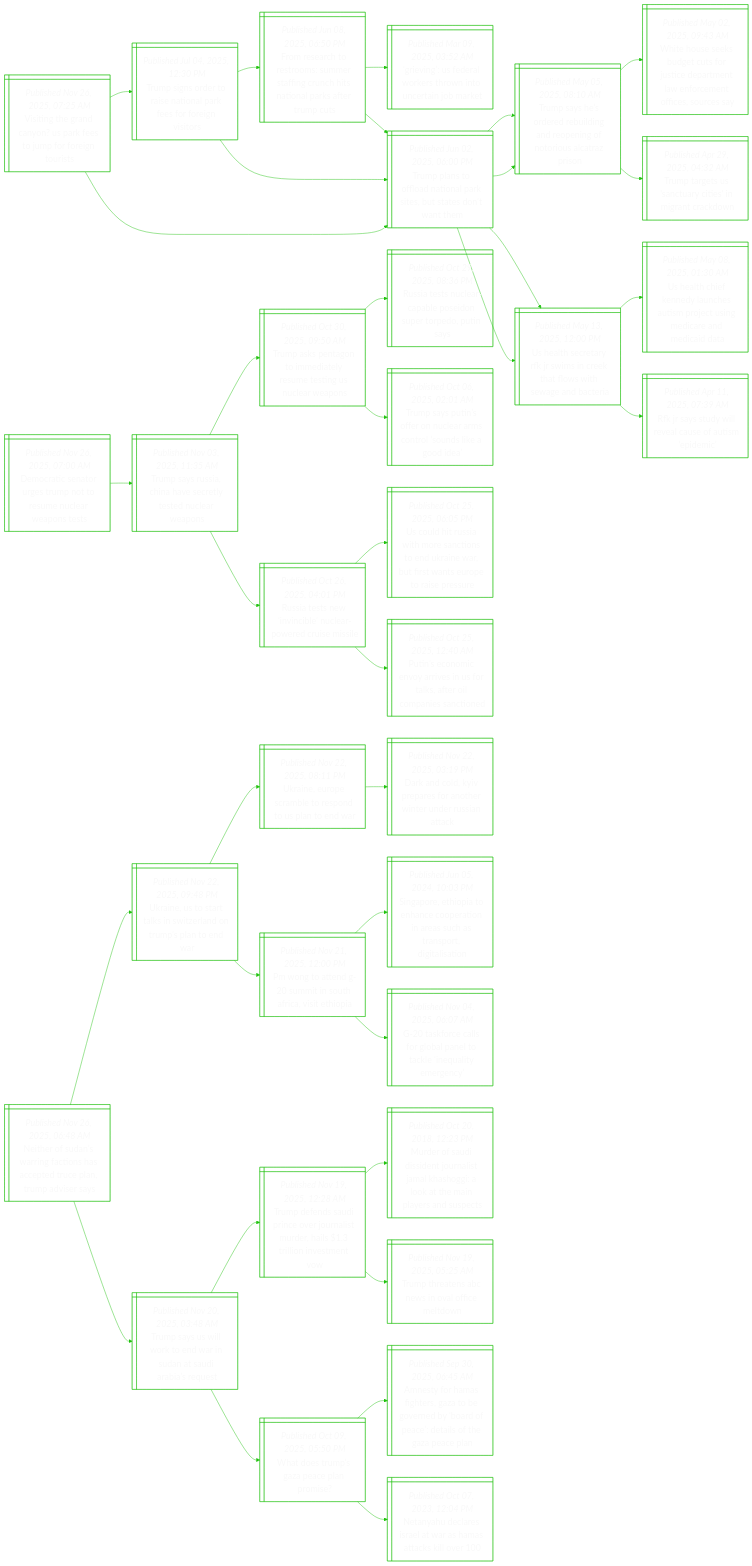
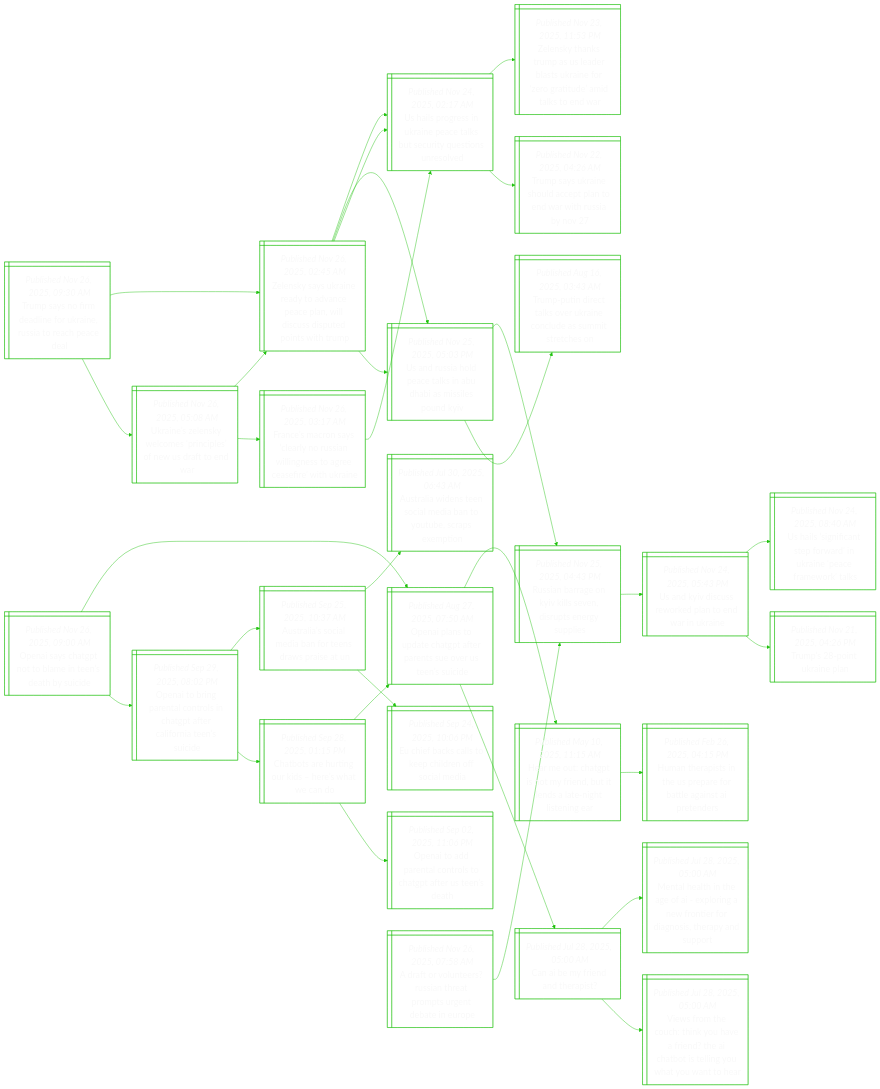
The diagram in README.md (notJmes/notJmes), drawn with Mermaid before and after one commit. The commit also changed other lines of this file, not shown here.

````diff
--- a/README.md
+++ b/README.md
@@ -16,118 +16,106 @@
 flowchart LR
 classDef txtsize font-size:20px;
 
-Viedoaeurius@{ shape: win-pane, label: "_Published Nov 26, 2025, 07:25 AM_
-Visiting the grand canyon? us park fees to jump for foreign tourists" }
-Tsotsiperiss@{ shape: win-pane, label: "_Published Jul 04, 2025, 12:30 PM_
-Trump signs order to raise national park fees for foreign visitors" }
-FeceomtnntipaTc@{ shape: win-pane, label: "_Published Jun 08, 2025, 06:50 PM_
-From research to restrooms: summer staffing crunch hits national parks after trump cuts" }
-Gifakhinabe@{ shape: win-pane, label: "_Published Mar 09, 2025, 03:52 AM_
-‘grieving’: us federal workers thrown into uncertain job market" }
-Tptlaakstdae@{ shape: win-pane, label: "_Published Jun 02, 2025, 06:00 PM_
-Trump plans to offload national park sites, but states don’t want them" }
-Tptlaakstdae@{ shape: win-pane, label: "_Published Jun 02, 2025, 06:00 PM_
-Trump plans to offload national park sites, but states don’t want them" }
-Tseeednpgtuapn@{ shape: win-pane, label: "_Published May 05, 2025, 08:10 AM_
-Trump says he’s ordered rebuilding and reopening of notorious alcatraz prison" }
-UlcrJmrhotade@{ shape: win-pane, label: "_Published May 13, 2025, 12:00 PM_
-Us health secretary rfk jr swims in creek that flows with sewage and bacteria" }
-Tptlaakstdae@{ shape: win-pane, label: "_Published Jun 02, 2025, 06:00 PM_
-Trump plans to offload national park sites, but states don’t want them" }
-Tseeednpgtuapn@{ shape: win-pane, label: "_Published May 05, 2025, 08:10 AM_
-Trump says he’s ordered rebuilding and reopening of notorious alcatraz prison" }
-WHsbtfsDtlfmfscy@{ shape: win-pane, label: "_Published May 02, 2025, 09:43 AM_
-White house seeks budget cuts for justice department law enforcement offices, sources say" }
-Tttaatnaaw@{ shape: win-pane, label: "_Published Apr 29, 2025, 04:32 AM_
-Trump targets us 'sanctuary cities' in migrant crackdown" }
-UlcrJmrhotade@{ shape: win-pane, label: "_Published May 13, 2025, 12:00 PM_
-Us health secretary rfk jr swims in creek that flows with sewage and bacteria" }
-Ulinlhtrtgcnid@{ shape: win-pane, label: "_Published May 08, 2025, 01:30 AM_
-Us health chief kennedy launches autism project using medicare and medicaid data" }
-Rstivafsd@{ shape: win-pane, label: "_Published Apr 11, 2025, 07:39 AM_
-Rfk jr says study will reveal cause of autism ‘epidemic’" }
+Tsodirisohe@{ shape: win-pane, label: "_Published Nov 26, 2025, 09:30 AM_
+Trump says no firm deadline for ukraine, russia to reach peace deal" }
+Zsyaeonaalusdthp@{ shape: win-pane, label: "_Published Nov 26, 2025, 02:45 AM_
+Zelensky says ukraine ready to advance peace plan, will discuss disputed points with trump" }
+Ulgiaeauuqinl@{ shape: win-pane, label: "_Published Nov 24, 2025, 02:17 AM_
+Us hails progress in ukraine peace talks but security questions unresolved" }
+ZsarsalUnzruikn@{ shape: win-pane, label: "_Published Nov 23, 2025, 11:53 PM_
+Zelensky thanks trump as us leader blasts ukraine for ‘zero gratitude’ amid talks to end war" }
+Tskeleanwub@{ shape: win-pane, label: "_Published Nov 22, 2025, 04:26 AM_
+Trump says ukraine should accept plan to end war with russia by nov 27" }
+URaptiDaspK@{ shape: win-pane, label: "_Published Nov 25, 2025, 05:03 PM_
+Us and russia hold peace talks in abu dhabi as missiles pound kyiv" }
+Rarnksdpeue@{ shape: win-pane, label: "_Published Nov 25, 2025, 04:43 PM_
+Russian barrage on kyiv kills seven, disrupts energy supplies" }
+TPdtsUncamre@{ shape: win-pane, label: "_Published Aug 16, 2025, 03:43 AM_
+Trump-putin direct talks over ukraine conclude as summit stretches on" }
+UnlyorpfStd@{ shape: win-pane, label: "_Published Nov 26, 2025, 05:08 AM_
+Ukraine’s zelensky welcomes ‘principles’ of new us draft to end war" }
+Zsyaeonaalusdthp@{ shape: win-pane, label: "_Published Nov 26, 2025, 02:45 AM_
+Zelensky says ukraine ready to advance peace plan, will discuss disputed points with trump" }
+Ulgiaeauuqinl@{ shape: win-pane, label: "_Published Nov 24, 2025, 02:17 AM_
+Us hails progress in ukraine peace talks but security questions unresolved" }
+URaptiDaspK@{ shape: win-pane, label: "_Published Nov 25, 2025, 05:03 PM_
+Us and russia hold peace talks in abu dhabi as missiles pound kyiv" }
+Feryaoilnoeewke@{ shape: win-pane, label: "_Published Nov 26, 2025, 03:17 AM_
+France’s macron says ‘clearly no russian willingness to agree ceasefire’ with ukraine" }
+Ulgiaeauuqinl@{ shape: win-pane, label: "_Published Nov 24, 2025, 02:17 AM_
+Us hails progress in ukraine peace talks but security questions unresolved" }
 
-Viedoaeurius:::txtsize --> Tsotsiperiss:::txtsize
-Tsotsiperiss:::txtsize --> FeceomtnntipaTc:::txtsize
-FeceomtnntipaTc:::txtsize --> Gifakhinabe:::txtsize
-FeceomtnntipaTc:::txtsize --> Tptlaakstdae:::txtsize
-Tsotsiperiss:::txtsize --> Tptlaakstdae:::txtsize
-Tptlaakstdae:::txtsize --> Tseeednpgtuapn:::txtsize
-Tptlaakstdae:::txtsize --> UlcrJmrhotade:::txtsize
-Viedoaeurius:::txtsize --> Tptlaakstdae:::txtsize
-Tptlaakstdae:::txtsize --> Tseeednpgtuapn:::txtsize
-Tseeednpgtuapn:::txtsize --> WHsbtfsDtlfmfscy:::txtsize
-Tseeednpgtuapn:::txtsize --> Tttaatnaaw:::txtsize
-Tptlaakstdae:::txtsize --> UlcrJmrhotade:::txtsize
-UlcrJmrhotade:::txtsize --> Ulinlhtrtgcnid:::txtsize
-UlcrJmrhotade:::txtsize --> Rstivafsd:::txtsize
+Tsodirisohe:::txtsize --> Zsyaeonaalusdthp:::txtsize
+Zsyaeonaalusdthp:::txtsize --> Ulgiaeauuqinl:::txtsize
+Ulgiaeauuqinl:::txtsize --> ZsarsalUnzruikn:::txtsize
+Ulgiaeauuqinl:::txtsize --> Tskeleanwub:::txtsize
+Zsyaeonaalusdthp:::txtsize --> URaptiDaspK:::txtsize
+URaptiDaspK:::txtsize --> Rarnksdpeue:::txtsize
+URaptiDaspK:::txtsize --> TPdtsUncamre:::txtsize
+Tsodirisohe:::txtsize --> UnlyorpfStd:::txtsize
+UnlyorpfStd:::txtsize --> Zsyaeonaalusdthp:::txtsize
+Zsyaeonaalusdthp:::txtsize --> Ulgiaeauuqinl:::txtsize
+Zsyaeonaalusdthp:::txtsize --> URaptiDaspK:::txtsize
+UnlyorpfStd:::txtsize --> Feryaoilnoeewke:::txtsize
+Feryaoilnoeewke:::txtsize --> Ulgiaeauuqinl:::txtsize
 
-Drsoemtucwnt@{ shape: win-pane, label: "_Published Nov 26, 2025, 07:00 AM_
-Democratic senator urges trump not to resume nuclear weapons tests" }
-TsuCheltcwn@{ shape: win-pane, label: "_Published Nov 03, 2025, 11:35 AM_
-Trump says russia, china have secretly tested nuclear weapons" }
-Taeomareinap@{ shape: win-pane, label: "_Published Oct 30, 2025, 09:50 AM_
-Trump asks pentagon to immediately resume testing us nuclear weapons" }
-RasepPdprPs@{ shape: win-pane, label: "_Published Oct 29, 2025, 08:36 PM_
-Russia tests nuclear-capable poseidon super torpedo, putin says" }
-Tsuoolrnssai@{ shape: win-pane, label: "_Published Oct 06, 2025, 02:01 AM_
-Trump says putin’s offer on nuclear arms control ‘sounds like a good idea’" }
-Rasniurruie@{ shape: win-pane, label: "_Published Oct 26, 2025, 04:01 PM_
-Russia tests new ‘invincible’ nuclear-powered cruise missile" }
-UlRamaoerwttsparr@{ shape: win-pane, label: "_Published Oct 25, 2025, 06:05 PM_
-Us could hit russia with more sanctions to end ukraine war, but first wants europe to raise pressure" }
-Psonrsfltlasi@{ shape: win-pane, label: "_Published Oct 25, 2025, 12:40 AM_
-Putin’s economic envoy arrives in us for talks, after oil companies sanctioned" }
+OICPtmeeyi@{ shape: win-pane, label: "_Published Nov 26, 2025, 09:00 AM_
+Openai says chatgpt not to blame in teen’s death by suicide" }
+OIsdhTrneUnc@{ shape: win-pane, label: "_Published Aug 27, 2025, 07:50 AM_
+Openai plans to update chatgpt after parents sue over us teen’s suicide" }
+HehTtiueliiir@{ shape: win-pane, label: "_Published May 10, 2025, 11:15 AM_
+Hear me out: chatgpt is not my friend, but it lends a late-night listening ear" }
+HtpiUpotaAtr@{ shape: win-pane, label: "_Published Feb 26, 2025, 04:15 PM_
+Human therapists in the us prepare for battle against ai pretenders" }
+Cbraes@{ shape: win-pane, label: "_Published Jul 28, 2025, 05:00 AM_
+Can ai be my friend and therapist?" }
+Mlthoxienfairnp@{ shape: win-pane, label: "_Published Jul 28, 2025, 05:00 AM_
+Mental health in the age of ai - exploring a new frontier for diagnosis, therapy and support" }
+VFhcnhfdIbtnwota@{ shape: win-pane, label: "_Published Jul 28, 2025, 05:00 AM_
+Views from the couch: think you have a friend? the ai chatbot is telling you what you want to hear" }
+OIirlrnGtlnei@{ shape: win-pane, label: "_Published Sep 29, 2025, 08:02 PM_
+Openai to bring parental controls in chatgpt after california teen’s suicide" }
+AaslaonwiU@{ shape: win-pane, label: "_Published Sep 25, 2025, 10:37 AM_
+Australia’s social media ban for teens draws praise at un" }
+AaitombYbaeo@{ shape: win-pane, label: "_Published Jul 30, 2025, 06:43 AM_
+Australia widens teen social media ban to youtube, scraps exemption" }
+Eekleinom@{ shape: win-pane, label: "_Published Sep 24, 2025, 10:06 PM_
+Eu chief backs calls to keep children off social media" }
+Coeirhweo@{ shape: win-pane, label: "_Published Sep 28, 2025, 01:15 PM_
+Chatbots are hurting our kids – here’s what we can do" }
+OIsdhTrneUnc@{ shape: win-pane, label: "_Published Aug 27, 2025, 07:50 AM_
+Openai plans to update chatgpt after parents sue over us teen’s suicide" }
+OIdnolhTrea@{ shape: win-pane, label: "_Published Sep 02, 2025, 11:06 PM_
+Openai to add parental controls to chatgpt after us teen’s death" }
 
-Drsoemtucwnt:::txtsize --> TsuCheltcwn:::txtsize
-TsuCheltcwn:::txtsize --> Taeomareinap:::txtsize
-Taeomareinap:::txtsize --> RasepPdprPs:::txtsize
-Taeomareinap:::txtsize --> Tsuoolrnssai:::txtsize
-TsuCheltcwn:::txtsize --> Rasniurruie:::txtsize
-Rasniurruie:::txtsize --> UlRamaoerwttsparr:::txtsize
-Rasniurruie:::txtsize --> Psonrsfltlasi:::txtsize
+OICPtmeeyi:::txtsize --> OIsdhTrneUnc:::txtsize
+OIsdhTrneUnc:::txtsize --> HehTtiueliiir:::txtsize
+HehTtiueliiir:::txtsize --> HtpiUpotaAtr:::txtsize
+OIsdhTrneUnc:::txtsize --> Cbraes:::txtsize
+Cbraes:::txtsize --> Mlthoxienfairnp:::txtsize
+Cbraes:::txtsize --> VFhcnhfdIbtnwota:::txtsize
+OICPtmeeyi:::txtsize --> OIirlrnGtlnei:::txtsize
+OIirlrnGtlnei:::txtsize --> AaslaonwiU:::txtsize
+AaslaonwiU:::txtsize --> AaitombYbaeo:::txtsize
+AaslaonwiU:::txtsize --> Eekleinom:::txtsize
+OIirlrnGtlnei:::txtsize --> Coeirhweo:::txtsize
+Coeirhweo:::txtsize --> OIsdhTrneUnc:::txtsize
+Coeirhweo:::txtsize --> OIdnolhTrea:::txtsize
 
-NeuwnthcdeTaes@{ shape: win-pane, label: "_Published Nov 26, 2025, 06:48 AM_
-Neither of sudan’s warring factions has accepted truce plan, trump adviser says" }
-Unotsilnpnd@{ shape: win-pane, label: "_Published Nov 22, 2025, 09:48 PM_
-Ukraine, us to start talks in switzerland on trump’s plan to end war" }
-Unorestler@{ shape: win-pane, label: "_Published Nov 22, 2025, 08:11 PM_
-Ukraine, europe scramble to respond to us plan to end war" }
-Dndprrhnnunc@{ shape: win-pane, label: "_Published Nov 22, 2025, 03:19 PM_
-Dark and cold, kyiv prepares for another winter under russian attack" }
-Pgtsturiti@{ shape: win-pane, label: "_Published Nov 21, 2025, 12:00 PM_
-Pm wong to attend g-20 summit in south africa, visit ethiopia" }
-Sptineeorutpili@{ shape: win-pane, label: "_Published Jun 05, 2024, 10:03 PM_
-Singapore, ethiopia to enhance cooperation in areas such as transport, digitalisation" }
-Gfcfoaolqtry@{ shape: win-pane, label: "_Published Nov 04, 2025, 06:07 AM_
-G-20 taskforce calls for global panel to tackle ‘inequality emergency’" }
-TsSwoautiiq@{ shape: win-pane, label: "_Published Nov 20, 2025, 03:48 AM_
-Trump says us will work to end war in sudan at saudi arabia’s request" }
-Tdddnersdiinst@{ shape: win-pane, label: "_Published Nov 19, 2025, 12:28 AM_
-Trump defends saudi prince over journalist murder, hails $1.3 trillion investment vow" }
-Mrusnrsasikeprsc@{ shape: win-pane, label: "_Published Oct 20, 2018, 12:23 PM_
-Murder of saudi dissident journalist jamal khashoggi: a look at the main players and suspects" }
-TttBsailn@{ shape: win-pane, label: "_Published Nov 19, 2025, 05:25 AM_
-Trump threatens abc news in oval office meltdown" }
-Wouaaam@{ shape: win-pane, label: "_Published Oct 09, 2025, 05:50 PM_
-What does trump’s gaza peace plan promise?" }
-AtHfezerydatoGel@{ shape: win-pane, label: "_Published Sep 30, 2025, 06:45 AM_
-Amnesty for hamas fighters, gaza to be governed by ‘board of peace’: details of the gaza peace plan" }
-NyeeawHakl@{ shape: win-pane, label: "_Published Oct 07, 2023, 12:04 PM_
-Netanyahu declares israel at war as hamas attacks kill over 100" }
+Atlesttpgeio@{ shape: win-pane, label: "_Published Nov 26, 2025, 07:58 AM_
+A draft or volunteers? russian threat prompts urgent debate in europe" }
+Rarnksdpeue@{ shape: win-pane, label: "_Published Nov 25, 2025, 04:43 PM_
+Russian barrage on kyiv kills seven, disrupts energy supplies" }
+UKisrlerr@{ shape: win-pane, label: "_Published Nov 24, 2025, 05:43 PM_
+Us and kyiv discuss reworked plan to end war in ukraine" }
+Ulnaewniaark@{ shape: win-pane, label: "_Published Nov 24, 2025, 08:40 AM_
+Us hails ‘significant step forward’ in ukraine ‘peace framework’ talks" }
+Tstia@{ shape: win-pane, label: "_Published Nov 21, 2025, 04:26 PM_
+Trump’s 28-point ukraine plan" }
 
-NeuwnthcdeTaes:::txtsize --> Unotsilnpnd:::txtsize
-Unotsilnpnd:::txtsize --> Unorestler:::txtsize
-Unorestler:::txtsize --> Dndprrhnnunc:::txtsize
-Unotsilnpnd:::txtsize --> Pgtsturiti:::txtsize
-Pgtsturiti:::txtsize --> Sptineeorutpili:::txtsize
-Pgtsturiti:::txtsize --> Gfcfoaolqtry:::txtsize
-NeuwnthcdeTaes:::txtsize --> TsSwoautiiq:::txtsize
-TsSwoautiiq:::txtsize --> Tdddnersdiinst:::txtsize
-Tdddnersdiinst:::txtsize --> Mrusnrsasikeprsc:::txtsize
-Tdddnersdiinst:::txtsize --> TttBsailn:::txtsize
-TsSwoautiiq:::txtsize --> Wouaaam:::txtsize
-Wouaaam:::txtsize --> AtHfezerydatoGel:::txtsize
-Wouaaam:::txtsize --> NyeeawHakl:::txtsize
+Atlesttpgeio:::txtsize --> Rarnksdpeue:::txtsize
+Rarnksdpeue:::txtsize --> UKisrlerr:::txtsize
+UKisrlerr:::txtsize --> Ulnaewniaark:::txtsize
+UKisrlerr:::txtsize --> Tstia:::txtsize
 
 ```
````
